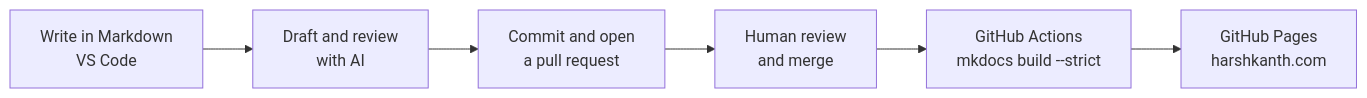
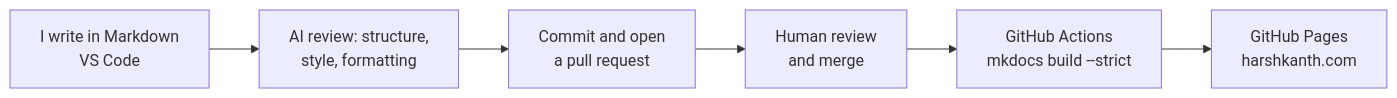
One commit to harshkanth/harsh-kanth changed the diagram in docs/docs-as-code.md. Above: the diagram before and after it, drawn with Mermaid. The commit also changed other lines of this file and 6 other files, not shown here.

````diff
--- a/docs/docs-as-code.md
+++ b/docs/docs-as-code.md
@@ -29,8 +29,8 @@
 ```mermaid
 flowchart LR
-  A[Write in Markdown<br/>VS Code] --> B[Draft and review<br/>with AI]
+  A[I write in Markdown<br/>VS Code] --> B[AI review: structure,<br/>style, formatting]
   B --> C[Commit and open<br/>a pull request]
   C --> D[Human review<br/>and merge]
   D --> E[GitHub Actions<br/>mkdocs build --strict]
   E --> F[GitHub Pages<br/>harshkanth.com]
 ```
````
